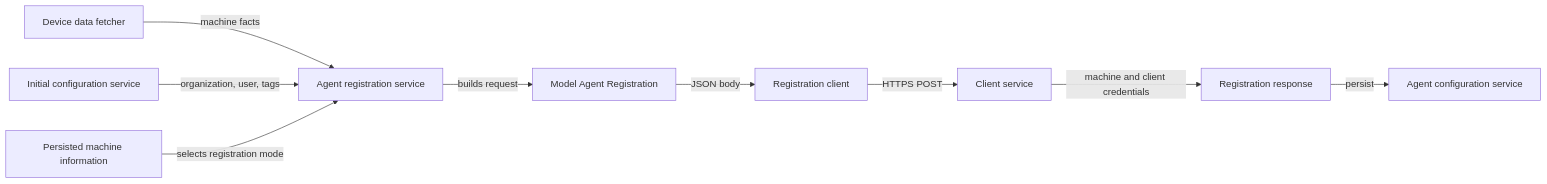
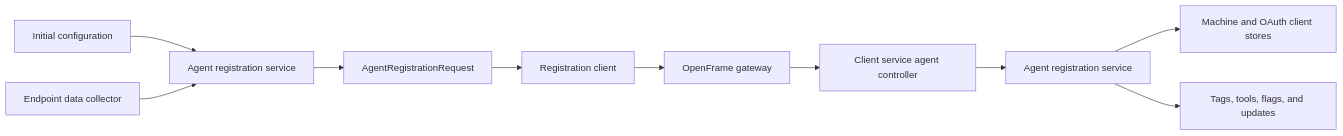
One commit to flamingo-stack/openframe-oss-tenant changed the first of 4 diagrams in docs/reference/architecture/openframe-client-core/model-agent-registration/model-agent-registration.md. Above: the diagram before and after it, drawn with Mermaid. The commit also changed other lines of this file and 2377 other files, not shown here.

````diff
--- a/docs/reference/architecture/openframe-client-core/model-agent-registration/model-agent-registration.md
+++ b/docs/reference/architecture/openframe-client-core/model-agent-registration/model-agent-registration.md
@@ -70,11 +28,12 @@
 ```mermaid
 flowchart LR
-    DeviceData["Device data fetcher"] -->|"machine facts"| RegistrationService["Agent registration service"]
-    InitialConfig["Initial configuration service"] -->|"organization, user, tags"| RegistrationService
-    PersistedInfo["Persisted machine information"] -->|"selects registration mode"| RegistrationService
-    RegistrationService -->|"builds request"| RegistrationModel["Model Agent Registration"]
-    RegistrationModel -->|"JSON body"| RegistrationClient["Registration client"]
-    RegistrationClient -->|"HTTPS POST"| ClientService["Client service"]
-    ClientService -->|"machine and client credentials"| RegistrationResponse["Registration response"]
-    RegistrationResponse -->|"persist"| AgentConfig["Agent configuration service"]
+    InitialConfig["Initial configuration"] --> RegistrationService["Agent registration service"]
+    DeviceData["Endpoint data collector"] --> RegistrationService
+    RegistrationService --> RequestModel["AgentRegistrationRequest"]
+    RequestModel --> RegistrationClient["Registration client"]
+    RegistrationClient --> Gateway["OpenFrame gateway"]
+    Gateway --> AgentController["Client service agent controller"]
+    AgentController --> RegistrationBackend["Agent registration service"]
+    RegistrationBackend --> MachineStore["Machine and OAuth client stores"]
+    RegistrationBackend --> PostProcessing["Tags, tools, flags, and updates"]
 ```
````
